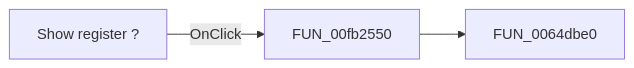
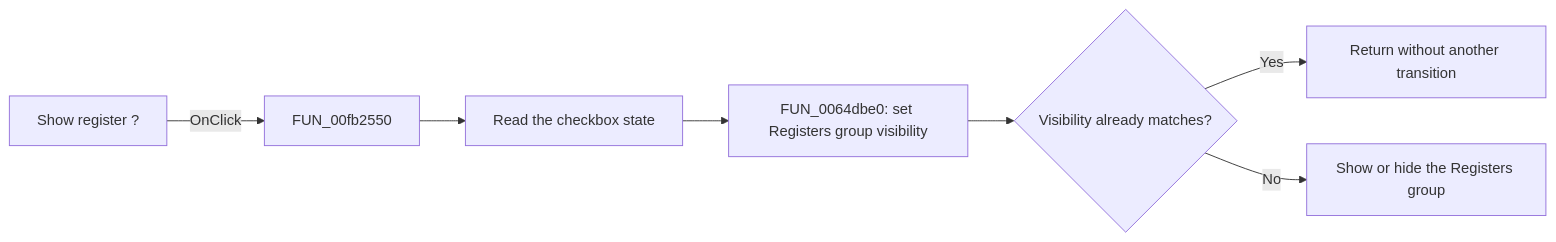
One commit to MovGP0/TIARA changed the diagram in docs/ui-controls/dlgflowchartinterruptavrtmr0/cbshowregister-8ebaefd842.md. Above: the diagram before and after it, drawn with Mermaid. The commit also changed other lines of this file and 387 other files, not shown here.

````diff
--- a/docs/ui-controls/dlgflowchartinterruptavrtmr0/cbshowregister-8ebaefd842.md
+++ b/docs/ui-controls/dlgflowchartinterruptavrtmr0/cbshowregister-8ebaefd842.md
@@ -27,5 +29,9 @@
 ```mermaid
 flowchart LR
     control["Show register ?"] -->|OnClick| handler["FUN_00fb2550"]
-    handler --> call1["FUN_0064dbe0"]
+    handler --> readState["Read the checkbox state"]
+    readState --> visibility["FUN_0064dbe0: set Registers group visibility"]
+    visibility --> sameState{"Visibility already matches?"}
+    sameState -->|Yes| noChange["Return without another transition"]
+    sameState -->|No| updateGroup["Show or hide the Registers group"]
 ```
````
